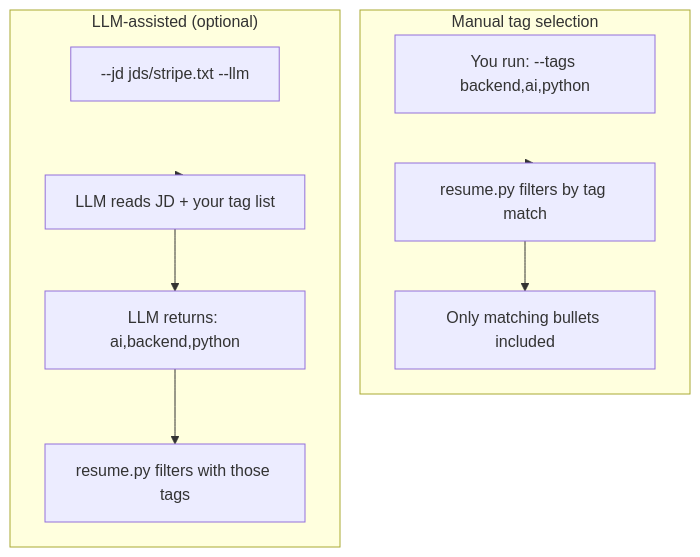
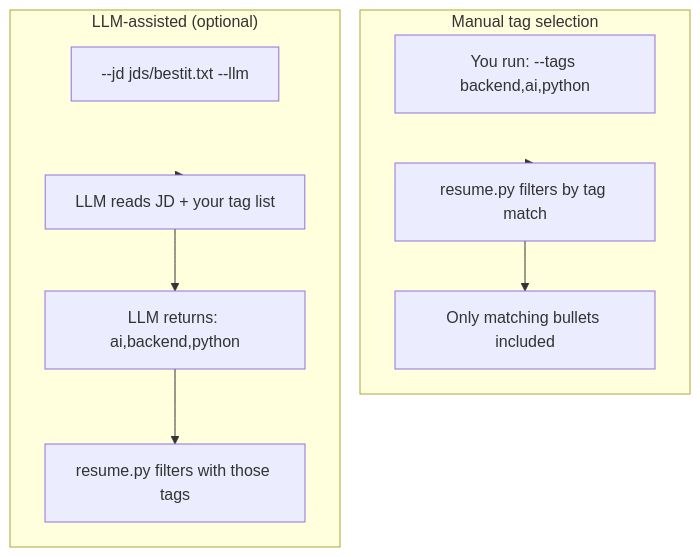
One commit to jxjwilliam/resume-generator changed the third of 9 diagrams in docs/overview.md. Above: the diagram before and after it, drawn with Mermaid. The commit also changed other lines of this file and 6 other files, not shown here.

````diff
--- a/docs/overview.md
+++ b/docs/overview.md
@@ -90,18 +90,18 @@
 ```mermaid
 flowchart TB
     subgraph Manual["Manual tag selection"]
         M1["You run: --tags backend,ai,python"]
         M2["resume.py filters by tag match"]
         M3["Only matching bullets included"]
     end
 
     subgraph Auto["LLM-assisted (optional)"]
-        A1["--jd jds/stripe.txt --llm"]
+        A1["--jd jds/bestit.txt --llm"]
         A2["LLM reads JD + your tag list"]
         A3["LLM returns: ai,backend,python"]
         A4["resume.py filters with those tags"]
     end
 
     Manual --> M2 --> M3
     Auto --> A2 --> A3 --> A4
 ```
````
